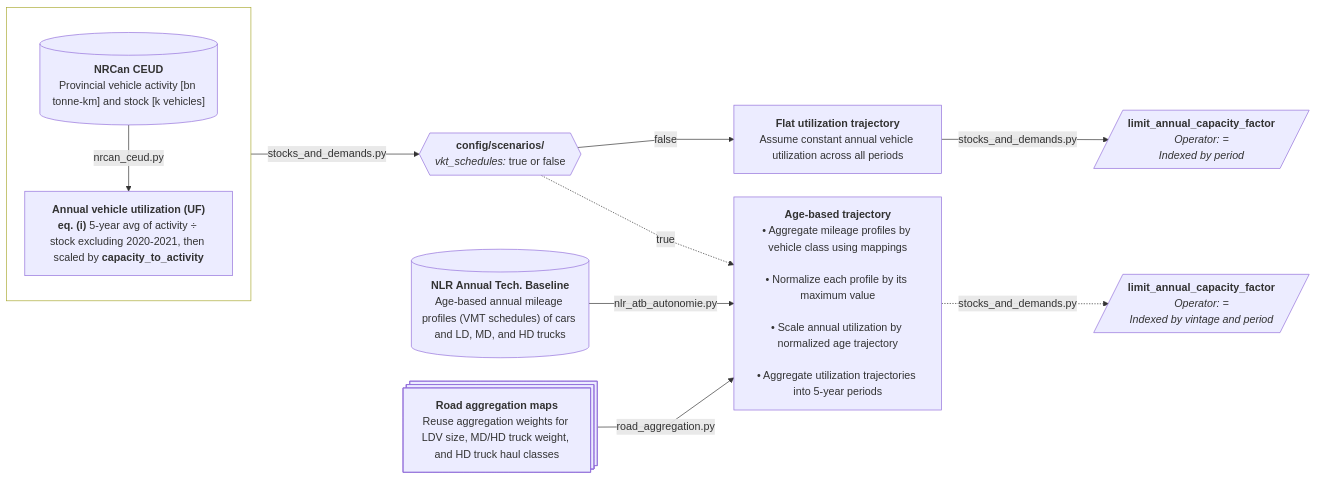
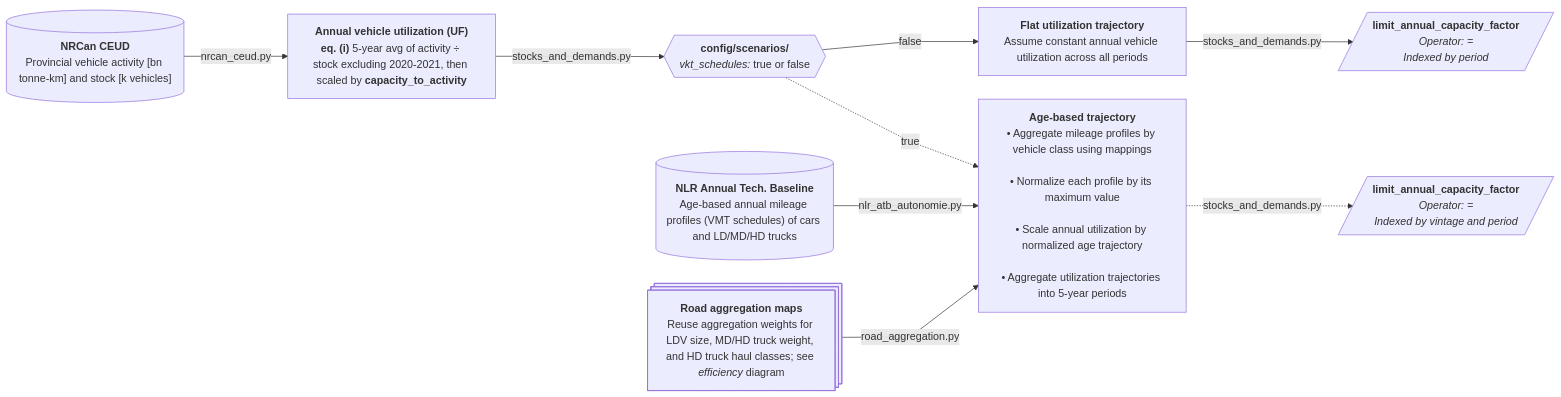
One commit to CANOE-main/canoe-transportation changed the fourth of 9 diagrams in docs/etl_flowcharts.md. Above: the diagram before and after it, drawn with Mermaid. The commit also changed other lines of this file and 47 other files, not shown here.

````diff
--- a/docs/etl_flowcharts.md
+++ b/docs/etl_flowcharts.md
@@ -145,45 +150,41 @@
 ```mermaid
 ---
 config:
   layout: dagre
   flowchart:
     nodeSpacing: 35
     rankSpacing: 50
     wrappingWidth: 250
     curve: linear
 ---
 flowchart LR
   %% --- Sources ---
   s0[("`**NRCan CEUD**<br>Provincial vehicle activity [bn tonne-km] and stock [k vehicles]`")]
-  s1[("`**NLR Annual Tech. Baseline**<br>Age-based annual mileage profiles (VMT schedules) of cars and LD, MD, and HD trucks`")]
-  s2@{shape: processes, label: "**Road aggregation maps**<br>Reuse aggregation weights for LDV size, MD/HD truck weight, and HD truck haul classes"}
+  s1[("`**NLR Annual Tech. Baseline**<br>Age-based annual mileage profiles (VMT schedules) of cars and LD/MD/HD trucks`")]
+  s2@{shape: processes, label: "**Road aggregation maps**<br>Reuse aggregation weights for LDV size, MD/HD truck weight, and HD truck haul classes; see *efficiency* diagram"}
 
   %% --- Processes ---
-  subgraph utilization[" "]
-	  direction TB
-	  p0["`**Annual vehicle utilization (UF)**<br>**eq. (i)** 5-year avg of activity ÷ stock excluding 2020-2021, then scaled by **capacity_to_activity**`"]
-	  s0 -- nrcan_ceud.py --> p0
-  end
-  style utilization fill:transparent,color:transparent
+  p0["`**Annual vehicle utilization (UF)**<br>**eq. (i)** 5-year avg of activity ÷ stock excluding 2020-2021, then scaled by **capacity_to_activity**`"]
+  s0 -- nrcan_ceud.py --> p0
 
   p1@{shape: hex, label: "**config/scenarios/**<br>*vkt_schedules:* true or false"}
-  utilization -- stocks_and_demands.py --> p1
+  p0 -- stocks_and_demands.py --> p1
 
   p2["`**Flat utilization trajectory**<br>Assume constant annual vehicle utilization across all periods`"]
   p1 -- false --> p2
 
   o1[/"`**limit_annual_capacity_factor**<br>*Operator: =*<br>*Indexed by period*`"/]
   p2 -- stocks_and_demands.py --> o1
 
   p3["`**Age-based trajectory**<br>• Aggregate mileage profiles by vehicle class using mappings<br><br>• Normalize each profile by its maximum value<br><br>• Scale annual utilization by normalized age trajectory<br><br>• Aggregate utilization trajectories into 5-year periods`"]
   p1 -. true .-> p3
   s1 -- nlr_atb_autonomie.py --> p3
   s2 -- road_aggregation.py --> p3
 
   o2[/"`**limit_annual_capacity_factor**<br>*Operator: =*<br>*Indexed by vintage and period*`"/]
   p3 -. "stocks_and_demands.py" .-> o2
 
   %% --- Hyperlinks ---
   click s0 "https://oee.nrcan.gc.ca/corporate/statistics/neud/dpa/menus/trends/comprehensive_tables/list.cfm"
   click s1 "https://atb.nlr.gov/transportation/2024/data"
 ```
````
